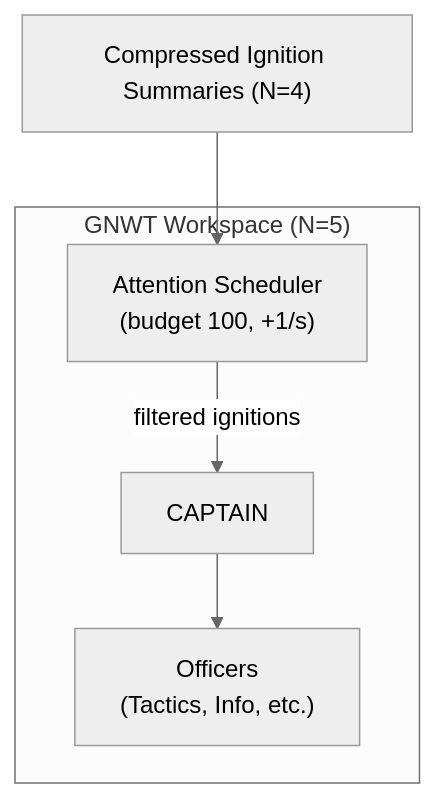
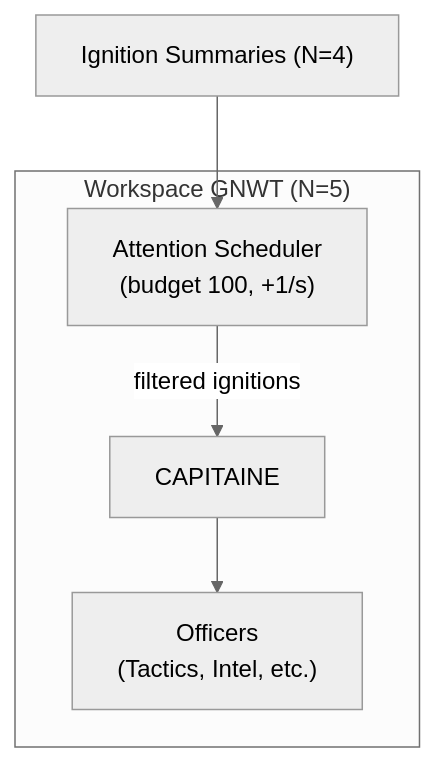
One commit to AlainCo/GNWT-Garrigue-X-en changed the third of 6 diagrams in architecture/architecture.md. Above: the diagram before and after it, drawn with Mermaid (neutral theme). The commit also changed other lines of this file and 21 other files, not shown here.

````diff
--- a/architecture/architecture.md
+++ b/architecture/architecture.md
@@ -99,12 +101,12 @@
 ```mermaid
 flowchart TD
-    subgraph Workspace ["GNWT Workspace (N=5)"]
+    subgraph Workspace ["Workspace GNWT (N=5)"]
         Sched["Attention Scheduler\n(budget 100, +1/s)"]
-        Captain["CAPTAIN"]
-        Officers["Officers\n(Tactics, Info, etc.)"]
+        Capitaine["CAPITAINE"]
+        Officiers["Officers\n(Tactics, Intel, etc.)"]
     end
 
-    SubN4["Compressed Ignition Summaries (N=4)"] --> Sched
-    Sched -->|"filtered ignitions"| Captain
-    Captain --> Officers
+    SousN4["Ignition Summaries (N=4)"] --> Sched
+    Sched -->|"filtered ignitions"| Capitaine
+    Capitaine --> Officiers
 ```
````
